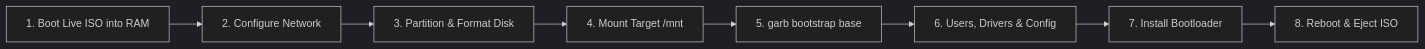
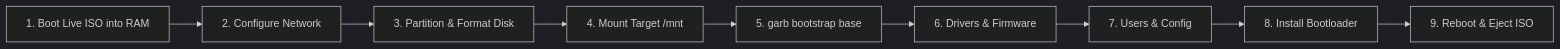
One commit to Freddyz-coder/grintion-OS changed the diagram in README.md. Above: the diagram before and after it, drawn with Mermaid (dark theme). The commit also changed other lines of this file and 65 other files, not shown here.

````diff
--- a/README.md
+++ b/README.md
@@ -78,10 +171,11 @@
 ```mermaid
 graph LR
     Boot[1. Boot Live ISO into RAM] --> Net[2. Configure Network]
     Net --> Disk[3. Partition & Format Disk]
     Disk --> Mount[4. Mount Target /mnt]
     Mount --> Bootstrap[5. garb bootstrap base]
-    Bootstrap --> Conf[6. Users, Drivers & Config]
-    Conf --> Bootloader[7. Install Bootloader]
-    Bootloader --> Reboot[8. Reboot & Eject ISO]
+    Bootstrap --> Drivers[6. Drivers & Firmware]
+    Drivers --> Conf[7. Users & Config]
+    Conf --> Bootloader[8. Install Bootloader]
+    Bootloader --> Reboot[9. Reboot & Eject ISO]
 ```
````
